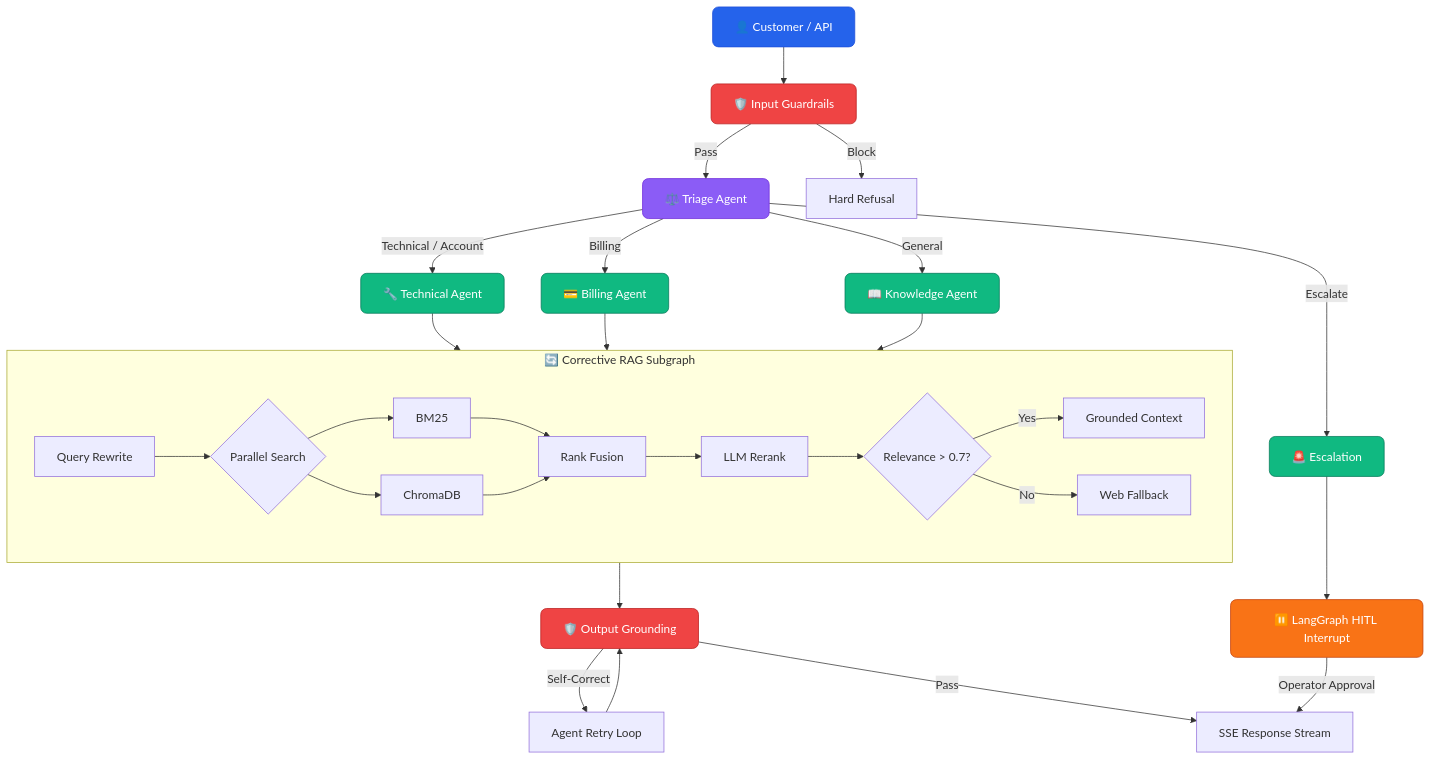
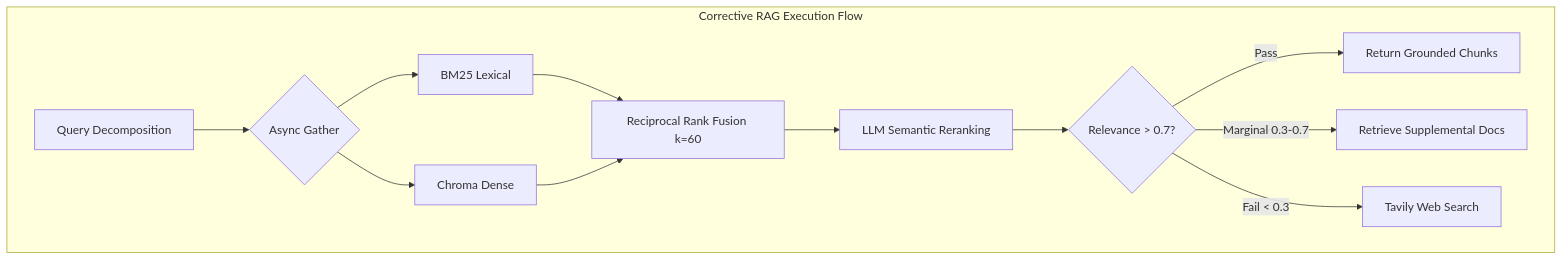
One commit to mohanganesh3/clouddash changed the second of 2 diagrams in README.md. Above: the diagram before and after it, drawn with Mermaid. The commit also changed other lines of this file, not shown here.

Commit message:
docs: implement strict C4 architecture diagrams and engineering aesthetic

````diff
--- a/README.md
+++ b/README.md
@@ -43,40 +61,16 @@
 ```mermaid
-flowchart TB
-    %% Styling
-    classDef user fill:#2563eb,stroke:#1d4ed8,color:#fff,rx:8px
-    classDef guard fill:#ef4444,stroke:#b91c1c,color:#fff,rx:8px
-    classDef orchestrator fill:#8b5cf6,stroke:#6d28d9,color:#fff,rx:8px
-    classDef worker fill:#10b981,stroke:#047857,color:#fff,rx:8px
-    classDef rag fill:#f59e0b,stroke:#b45309,color:#fff,rx:8px
-    classDef hitl fill:#f97316,stroke:#c2410c,color:#fff,rx:8px
-
-    User[👤 Customer / API]:::user --> InGuard[🛡️ Input Guardrails]:::guard
-    InGuard -->|Pass| Triage[⚖️ Triage Agent]:::orchestrator
-    InGuard -->|Block| Reject[Hard Refusal]
-    
-    Triage -->|Technical / Account| Technical[🔧 Technical Agent]:::worker
-    Triage -->|Billing| Billing[💳 Billing Agent]:::worker
-    Triage -->|General| Knowledge[📖 Knowledge Agent]:::worker
-    Triage -->|Escalate| Escalation[🚨 Escalation]:::worker
-
-    subgraph CRAG [🔄 Corrective RAG Subgraph]
-        QR[Query Rewrite] --> Search{Parallel Search}
-        Search --> BM25[BM25]
-        Search --> Dense[ChromaDB]
-        BM25 & Dense --> RRF[Rank Fusion] --> Rerank[LLM Rerank]
+flowchart TD
+    subgraph CRAG [Corrective RAG Execution Flow]
+        Q[Query Decomposition] --> Parallel{Async Gather}
+        Parallel --> B[BM25 Lexical]
+        Parallel --> C[Chroma Dense]
+        
+        B & C --> RRF[Reciprocal Rank Fusion k=60]
+        RRF --> Rerank[LLM Semantic Reranking]
         Rerank --> Eval{Relevance > 0.7?}
-        Eval -->|Yes| Direct[Grounded Context]
-        Eval -->|No| Tavily[Web Fallback]
+        
+        Eval -->|Pass| Return[Return Grounded Chunks]
+        Eval -->|Marginal 0.3-0.7| Supp[Retrieve Supplemental Docs]
+        Eval -->|Fail < 0.3| Fallback[Tavily Web Search]
     end
-    class CRAG rag
-
-    Technical & Billing & Knowledge --> CRAG
-    
-    CRAG --> OutGuard[🛡️ Output Grounding]:::guard
-    OutGuard -->|Self-Correct| Retry[Agent Retry Loop]
-    Retry --> OutGuard
-    
-    OutGuard -->|Pass| Stream[SSE Response Stream]
-    Escalation --> HITL[⏸️ LangGraph HITL Interrupt]:::hitl
-    HITL -->|Operator Approval| Stream
 ```
````
